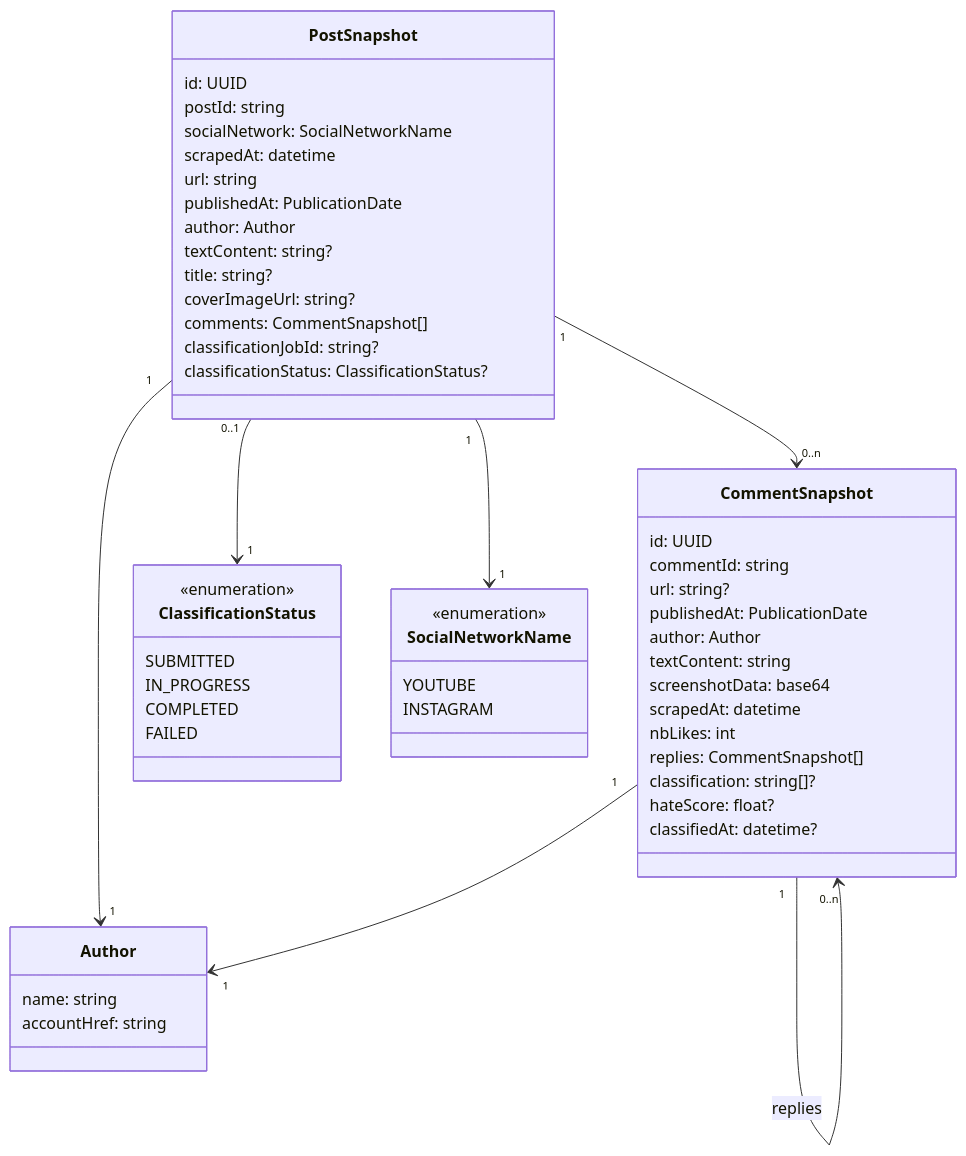
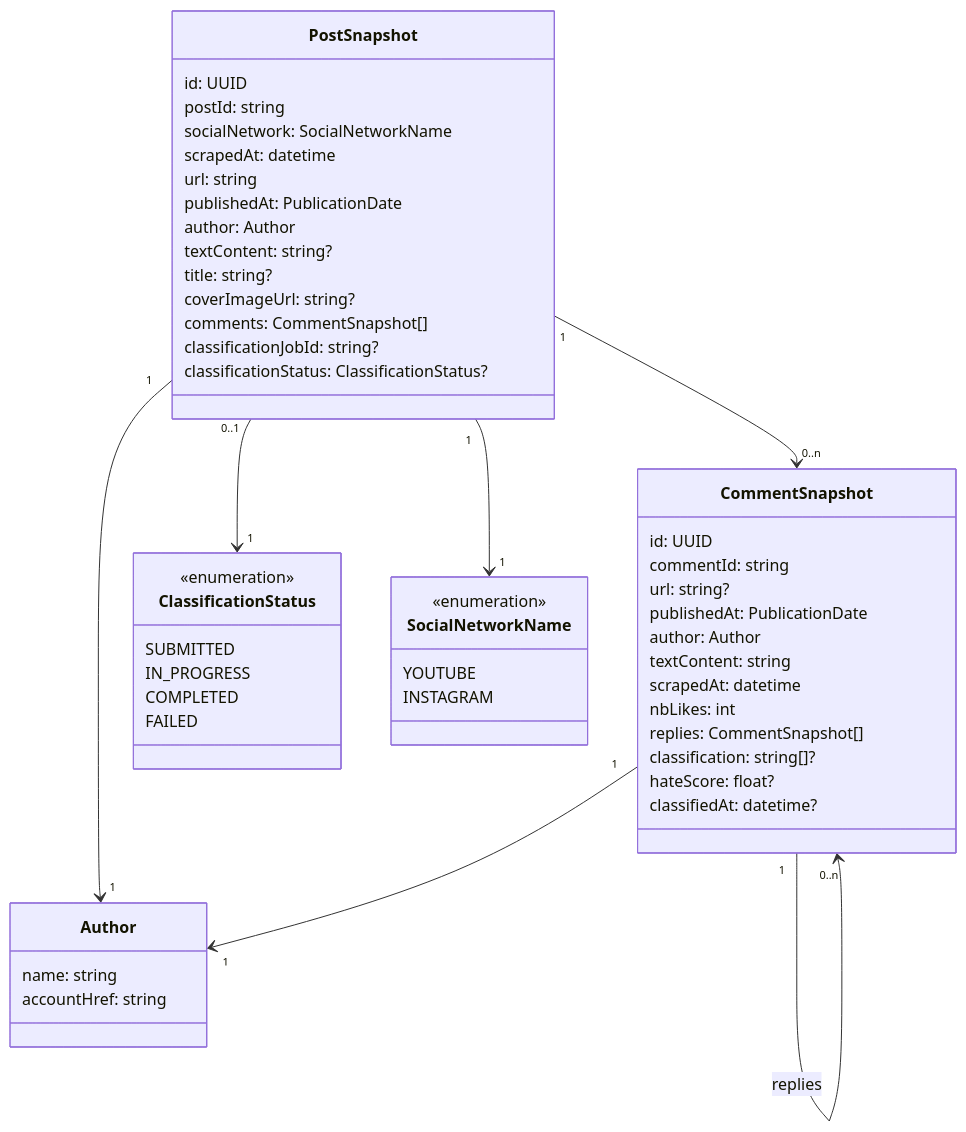
One commit to dataforgoodfr/14_BalanceTesHaters changed the diagram in docs/frontend/model.md. Above: the diagram before and after it, drawn with Mermaid. The commit also changed other lines of this file and 51 other files, not shown here.

````diff
--- a/docs/frontend/model.md
+++ b/docs/frontend/model.md
@@ -5,70 +12,69 @@
 ```mermaid
 classDiagram
     class PostSnapshot {
         id: UUID
 
         postId: string
         socialNetwork: SocialNetworkName
         scrapedAt: datetime
 
         url: string
         publishedAt: PublicationDate
         author: Author
         textContent: string?
         title: string?
         coverImageUrl: string?
         comments: CommentSnapshot[]
 
         classificationJobId: string?
         classificationStatus: ClassificationStatus?
     }
 
 
     class CommentSnapshot {
         id: UUID
         commentId: string
         url: string?
 
         publishedAt: PublicationDate
         author: Author
 
         textContent: string
-        screenshotData: base64
         scrapedAt: datetime
         nbLikes: int
         replies: CommentSnapshot[]
 
         classification: string[]?
         hateScore: float?
         classifiedAt: datetime?
     }
 
 
     class Author {
         name: string
         accountHref: string
     }
 
     class ClassificationStatus {
         <<enumeration>>
         SUBMITTED
         IN_PROGRESS
         COMPLETED
         FAILED
     }
 
     class SocialNetworkName {
         <<enumeration>>
         YOUTUBE
         INSTAGRAM
     }
 
 
 
     PostSnapshot "1" --> "1" Author
     PostSnapshot "1" --> "1" SocialNetworkName
     PostSnapshot "1" --> "0..n" CommentSnapshot
     PostSnapshot "0..1" --> "1" ClassificationStatus
     CommentSnapshot "1" --> "1" Author
     CommentSnapshot "1" --> "0..n" CommentSnapshot : replies
 ```
````
